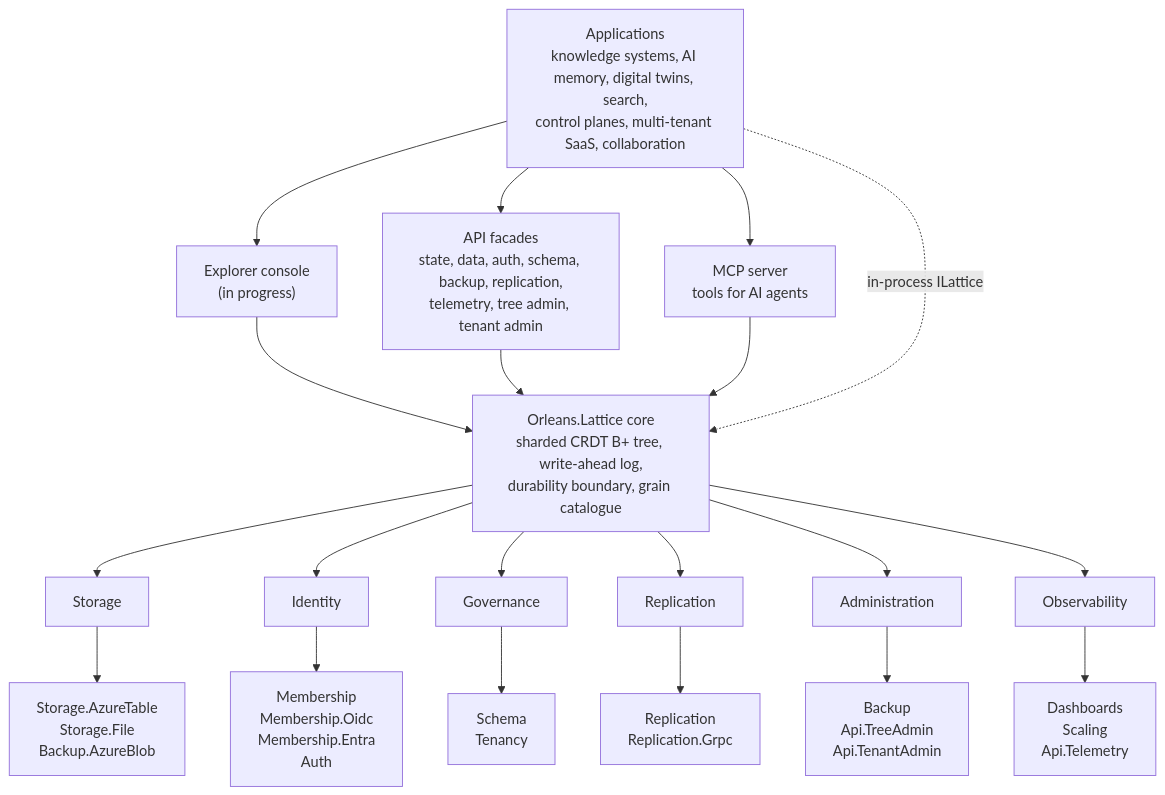
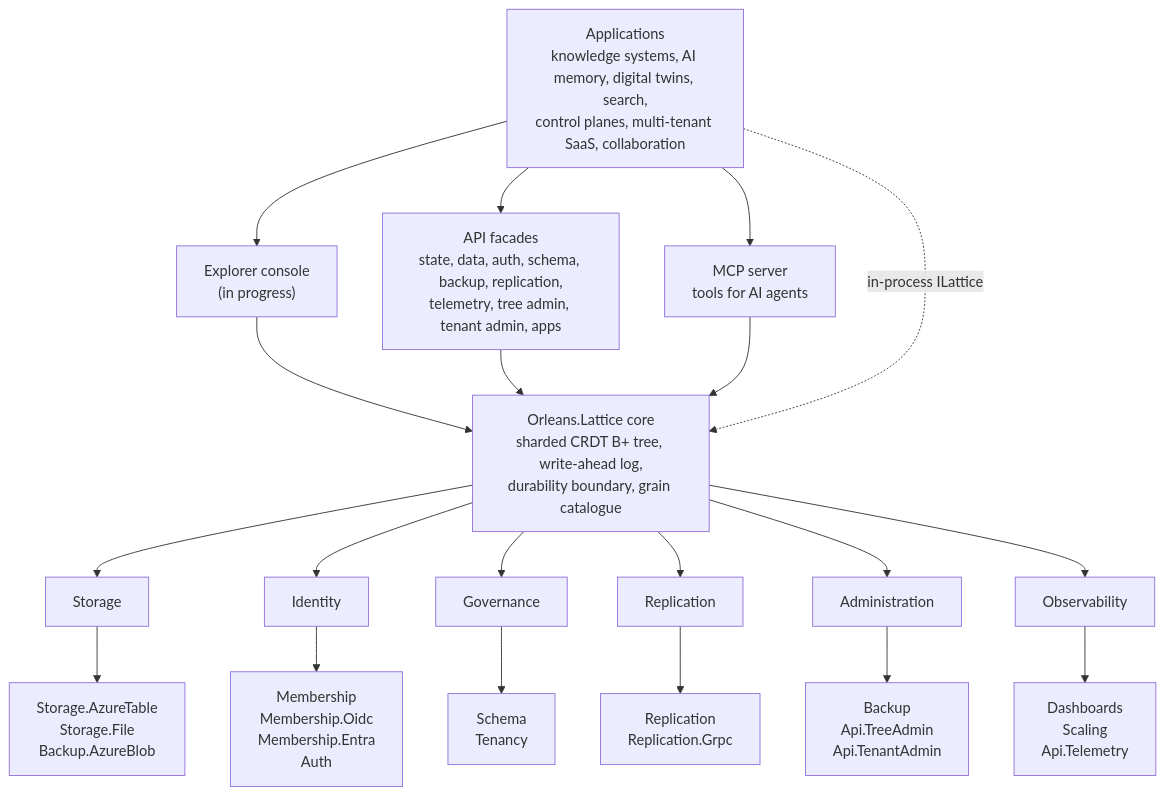
The diagram in README.md (NSTA1/Orleans.Lattice), drawn with Mermaid before and after one commit. The commit also changed 20 other files, not shown here.

First line of the commit message:
docs(apps): validate and complete the installable app documentation (epic #2235)

````diff
--- a/README.md
+++ b/README.md
@@ -182,29 +182,29 @@
 ```mermaid
 flowchart TD
     App["Applications<br/>knowledge systems, AI memory, digital twins, search,<br/>control planes, multi-tenant SaaS, collaboration"]
 
     App --> Explorer["Explorer console<br/>(in progress)"]
-    App --> Apis["API facades<br/>state, data, auth, schema, backup, replication,<br/>telemetry, tree admin, tenant admin"]
+    App --> Apis["API facades<br/>state, data, auth, schema, backup, replication,<br/>telemetry, tree admin, tenant admin, apps"]
     App --> Mcp["MCP server<br/>tools for AI agents"]
 
     Explorer --> Core
     Apis --> Core
     Mcp --> Core
     App -. "in-process ILattice" .-> Core
 
     Core["Orleans.Lattice core<br/>sharded CRDT B+ tree, write-ahead log,<br/>durability boundary, grain catalogue"]
 
     Core --> Storage["Storage"]
     Core --> Identity["Identity"]
     Core --> Governance["Governance"]
     Core --> Replication["Replication"]
     Core --> Administration["Administration"]
     Core --> Observability["Observability"]
 
     Storage --> StoragePkgs["Storage.AzureTable<br/>Storage.File<br/>Backup.AzureBlob"]
     Identity --> IdentityPkgs["Membership<br/>Membership.Oidc<br/>Membership.Entra<br/>Auth"]
     Governance --> GovernancePkgs["Schema<br/>Tenancy"]
     Replication --> ReplicationPkgs["Replication<br/>Replication.Grpc"]
     Administration --> AdminPkgs["Backup<br/>Api.TreeAdmin<br/>Api.TenantAdmin"]
     Observability --> ObsPkgs["Dashboards<br/>Scaling<br/>Api.Telemetry"]
 ```
````
